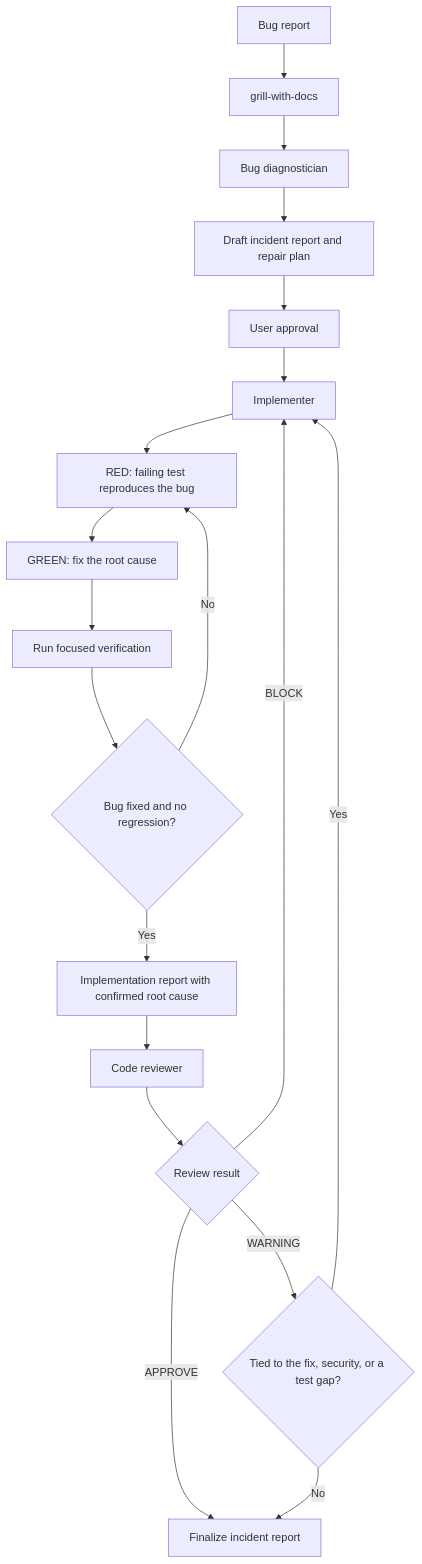
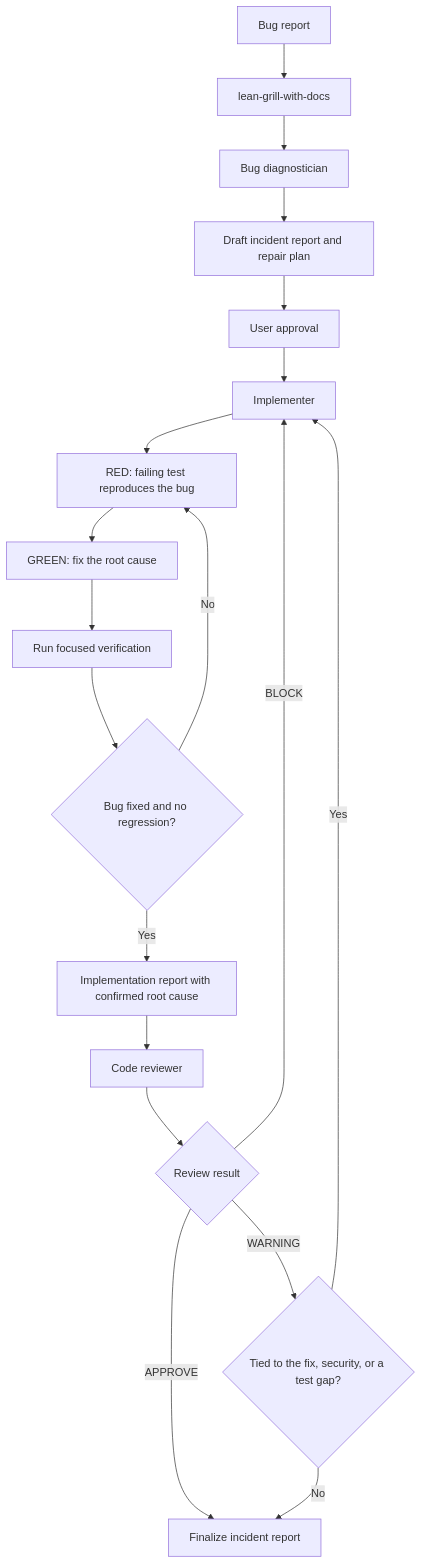
The diagram in docs/workflows/bug-fixing.md (aloilor/lean-coding-agent), drawn with Mermaid before and after one commit. The commit also changed other lines of this file and 24 other files, not shown here.

Commit message:
refactor(skills): rename grill-with-docs to lean-grill-with-docs

````diff
--- a/docs/workflows/bug-fixing.md
+++ b/docs/workflows/bug-fixing.md
@@ -23,21 +23,21 @@
 ```mermaid
 flowchart TD
-    A[Bug report] --> B[grill-with-docs]
+    A[Bug report] --> B[lean-grill-with-docs]
     B --> C[Bug diagnostician]
     C --> D[Draft incident report and repair plan]
     D --> E[User approval]
     E --> F[Implementer]
     F --> G[RED: failing test reproduces the bug]
     G --> H[GREEN: fix the root cause]
     H --> I[Run focused verification]
     I --> J{Bug fixed and no regression?}
     J -->|No| G
     J -->|Yes| K[Implementation report with confirmed root cause]
     K --> L[Code reviewer]
     L --> M{Review result}
     M -->|APPROVE| N[Finalize incident report]
     M -->|BLOCK| F
     M -->|WARNING| O{Tied to the fix, security, or a test gap?}
     O -->|Yes| F
     O -->|No| N
 ```
````
